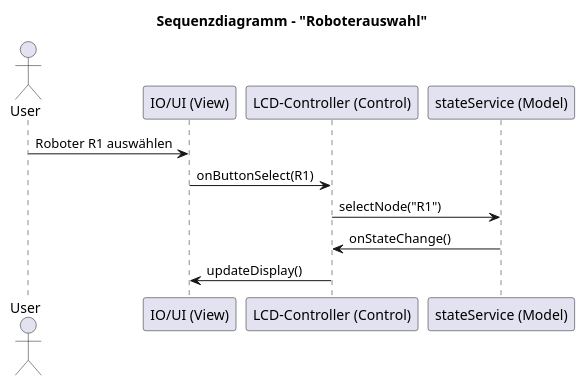
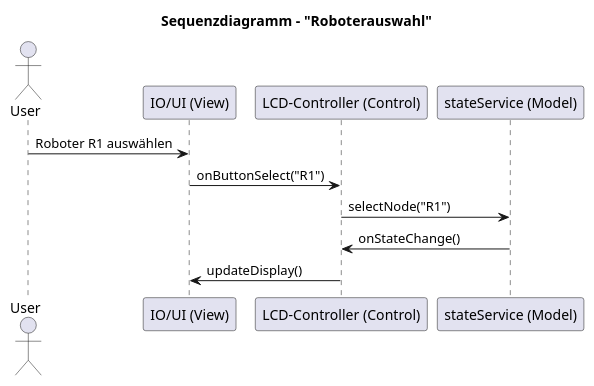
Before and after one commit to DavidDao1997/VS_Praktikum-2025-SoSe: the diagram in Docs/diagrams/roboterAuswahl_250525.plantuml, drawn with PlantUML. The commit also changed 3 other files, not shown here.

```diff
--- a/Docs/diagrams/roboterAuswahl_250525.plantuml
+++ b/Docs/diagrams/roboterAuswahl_250525.plantuml
@@ -1,19 +1,19 @@
 @startuml
 title Sequenzdiagramm – "Roboterauswahl"
 
 actor User
 
 participant "IO/UI (View)" as IOUI
 participant "LCD-Controller (Control)" as Ctrl
 participant "stateService (Model)" as state
 
 User -> IOUI: Roboter R1 auswählen
-IOUI  -> Ctrl: onButtonSelect(R1)
+IOUI  -> Ctrl: onButtonSelect("R1")
 
 '==Select Nodes==
 Ctrl -> state : selectNode("R1")
 
 '==Updates==
 state -> Ctrl: onStateChange()
 Ctrl -> IOUI: updateDisplay()
 @enduml
```
